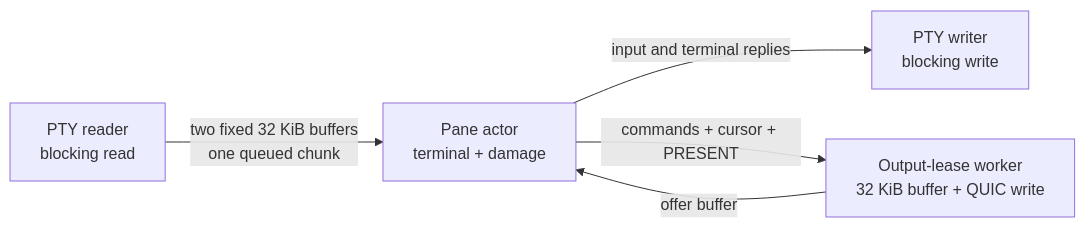
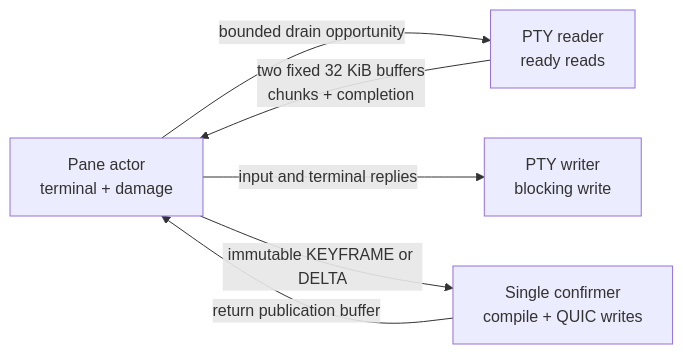
Before and after one commit to garindra/meja: the sixth of 9 diagrams in ARCHITECTURE.md, drawn with Mermaid. The commit also changed other lines of this file and 13 other files, not shown here.

Commit message:
Clean up pane publication architecture

````diff
--- a/ARCHITECTURE.md
+++ b/ARCHITECTURE.md
@@ -531,7 +554,8 @@
 ```mermaid
 flowchart LR
-    PR["PTY reader<br/>blocking read"] -->|"two fixed 32 KiB buffers<br/>one queued chunk"| PA["Pane actor<br/>terminal + damage"]
+    PA -->|"bounded drain opportunity"| PR["PTY reader<br/>ready reads"]
+    PR -->|"two fixed 32 KiB buffers<br/>chunks + completion"| PA["Pane actor<br/>terminal + damage"]
     PA -->|"input and terminal replies"| PW["PTY writer<br/>blocking write"]
-    OW["Output-lease worker<br/>32 KiB buffer + QUIC write"] -->|"offer buffer"| PA
-    PA -->|"commands + cursor + PRESENT"| OW
+    PA -->|"immutable KEYFRAME or DELTA"| OW["Single confirmer<br/>compile + QUIC writes"]
+    OW -->|"return publication buffer"| PA
 ```
````
